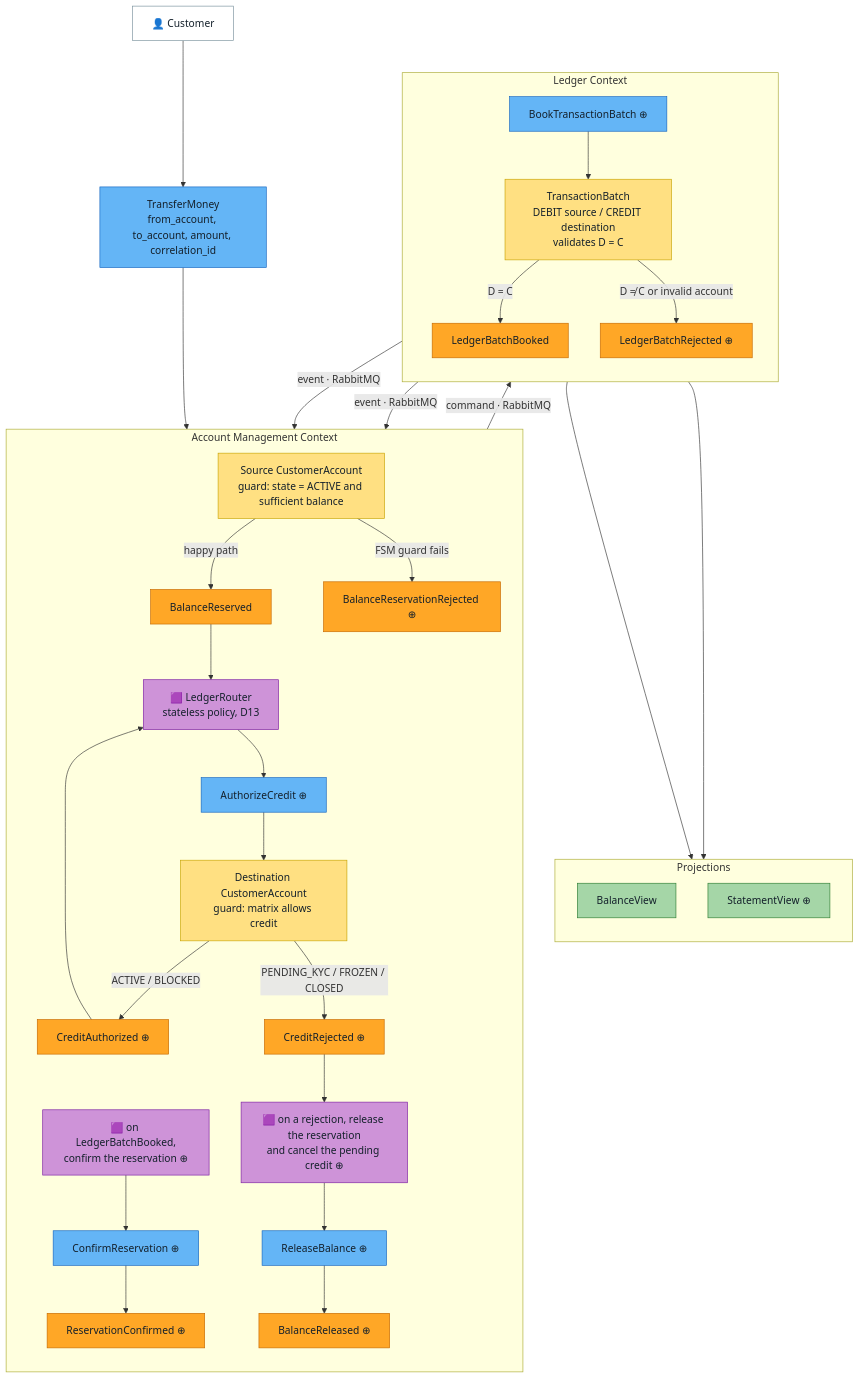
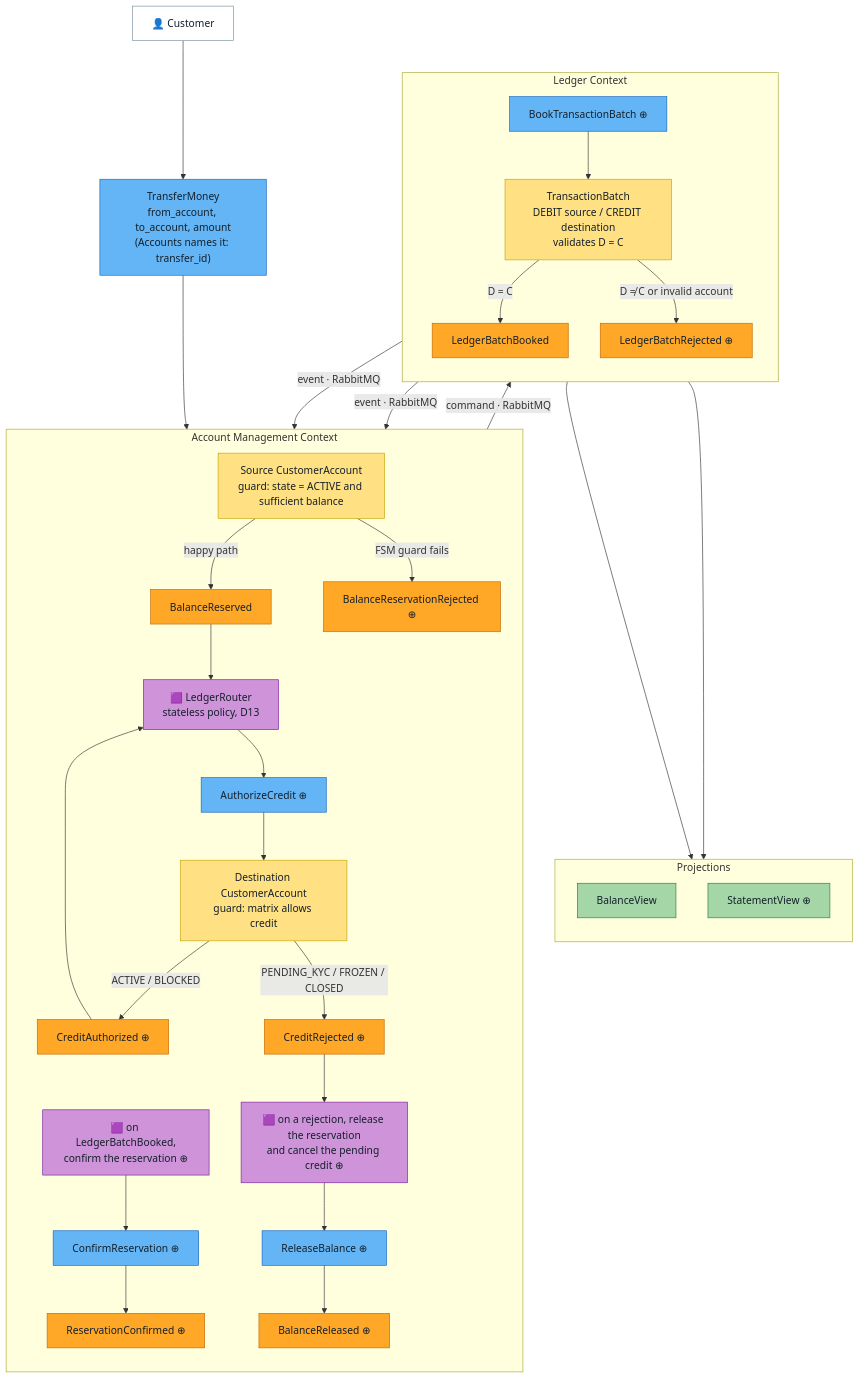
The fourth of 6 diagrams in docs/event_storming.md (LuanDc/banking), drawn with Mermaid before and after one commit. The commit also changed other lines of this file and 3 other files, not shown here.

````diff
--- a/docs/event_storming.md
+++ b/docs/event_storming.md
@@ -244,68 +244,68 @@
 ```mermaid
 flowchart TB
     A["👤 Customer"]:::actor
-    C0["TransferMoney<br/>from_account, to_account, amount, correlation_id"]:::cmd
+    C0["TransferMoney<br/>from_account, to_account, amount<br/>(Accounts names it: transfer_id)"]:::cmd
 
     subgraph AM["Account Management Context"]
         direction TB
         AGG1["Source CustomerAccount<br/>guard: state = ACTIVE and sufficient balance"]:::agg
         EV1["BalanceReserved"]:::evt
         EV2["BalanceReservationRejected ⊕"]:::evt
         CX["ReleaseBalance ⊕"]:::cmd
         EVX["BalanceReleased ⊕"]:::evt
         CY["ConfirmReservation ⊕"]:::cmd
         EVY["ReservationConfirmed ⊕"]:::evt
         POL["🟪 LedgerRouter<br/>stateless policy, D13"]:::pol
         CZ["AuthorizeCredit ⊕"]:::cmd
         AGG3["Destination CustomerAccount<br/>guard: matrix allows credit"]:::agg
         EVA["CreditAuthorized ⊕"]:::evt
         EVR["CreditRejected ⊕"]:::evt
         POLOK["🟪 on LedgerBatchBooked,<br/>confirm the reservation ⊕"]:::pol
         POLKO["🟪 on a rejection, release the reservation<br/>and cancel the pending credit ⊕"]:::pol
     end
 
     subgraph LG["Ledger Context"]
         direction TB
         CB["BookTransactionBatch ⊕"]:::cmd
         AGG2["TransactionBatch<br/>DEBIT source / CREDIT destination<br/>validates D = C"]:::agg
         EV3["LedgerBatchBooked"]:::evt
         EV4["LedgerBatchRejected ⊕"]:::evt
     end
 
     subgraph PJ["Projections"]
         direction TB
         RM1["BalanceView"]:::rm
         RM2["StatementView ⊕"]:::rm
     end
 
     A --> C0
     C0 --> AGG1
     AGG1 -->|"happy path"| EV1
     AGG1 -->|"FSM guard fails"| EV2
     EV1 --> POL
     POL --> CZ
     CZ --> AGG3
     AGG3 -->|"ACTIVE / BLOCKED"| EVA
     AGG3 -->|"PENDING_KYC / FROZEN / CLOSED"| EVR
     EVA --> POL
     EVR --> POLKO
     POL -->|"command · RabbitMQ"| CB
     CB --> AGG2
     AGG2 -->|"D = C"| EV3
     AGG2 -->|"D ≠ C or invalid account"| EV4
     EV3 --> RM1
     EV3 --> RM2
     EV3 -->|"event · RabbitMQ"| POLOK
     POLOK --> CY
     CY --> EVY
     EV4 -->|"event · RabbitMQ"| POLKO
     POLKO --> CX
     CX --> EVX
 
     classDef evt fill:#FFA726,stroke:#C66900,color:#14202B
     classDef cmd fill:#64B5F6,stroke:#1565C0,color:#14202B
     classDef agg fill:#FFE082,stroke:#C8A300,color:#14202B
     classDef pol fill:#CE93D8,stroke:#7B1FA2,color:#14202B
     classDef rm fill:#A5D6A7,stroke:#2E7D32,color:#14202B
     classDef actor fill:#FFFFFF,stroke:#78909C,color:#14202B
 ```
````
